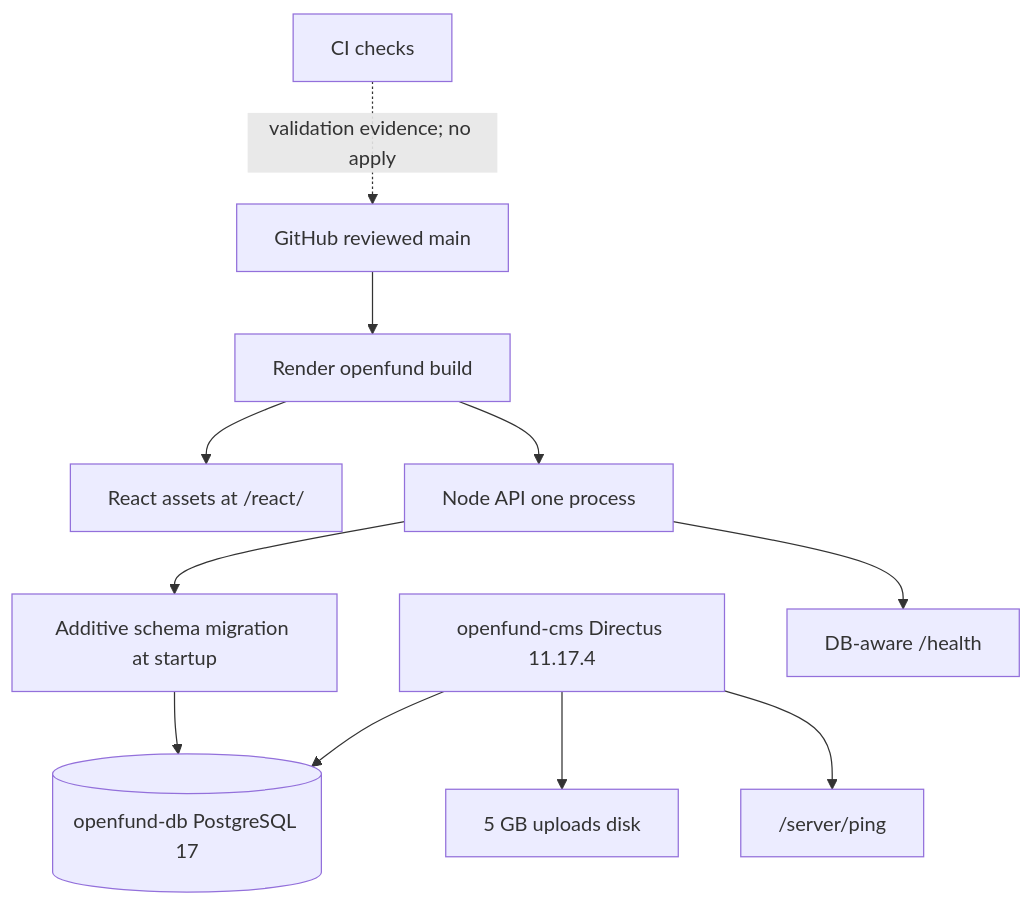
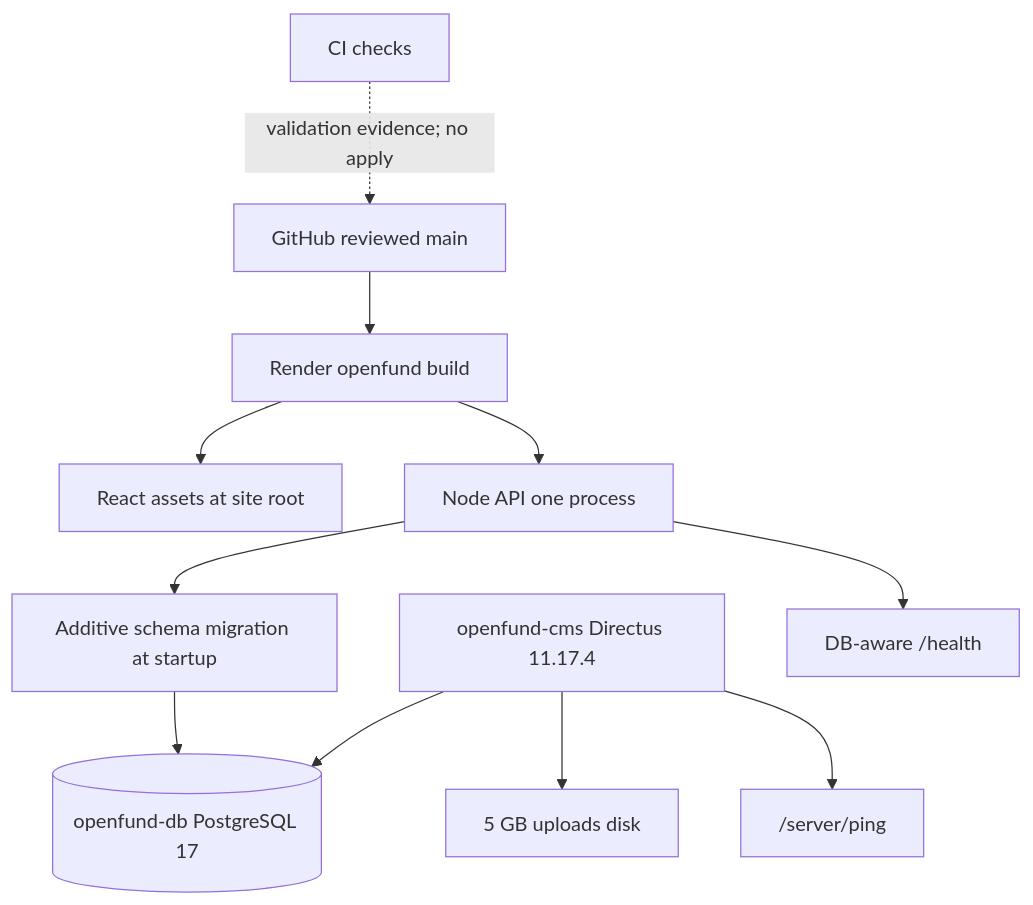
Before and after one commit to algomanlife/openfund: the fourth of 4 diagrams in docs/architecture/FLOWS.md, drawn with Mermaid. The commit also changed 16 other files, not shown here.

````diff
--- a/docs/architecture/FLOWS.md
+++ b/docs/architecture/FLOWS.md
@@ -75,13 +75,13 @@
 ```mermaid
 flowchart TB
   Git[GitHub reviewed main] --> Build[Render openfund build]
-  Build --> Web[React assets at /react/]
+  Build --> Web[React assets at site root]
   Build --> API[Node API one process]
   API --> Migrate[Additive schema migration at startup]
   Migrate --> DB[(openfund-db PostgreSQL 17)]
   CMS[openfund-cms Directus 11.17.4] --> DB
   CMS --> Disk[5 GB uploads disk]
   API --> Health[DB-aware /health]
   CMS --> CMSHealth["/server/ping"]
   CI[CI checks] -.->|validation evidence; no apply| Git
 ```
````
